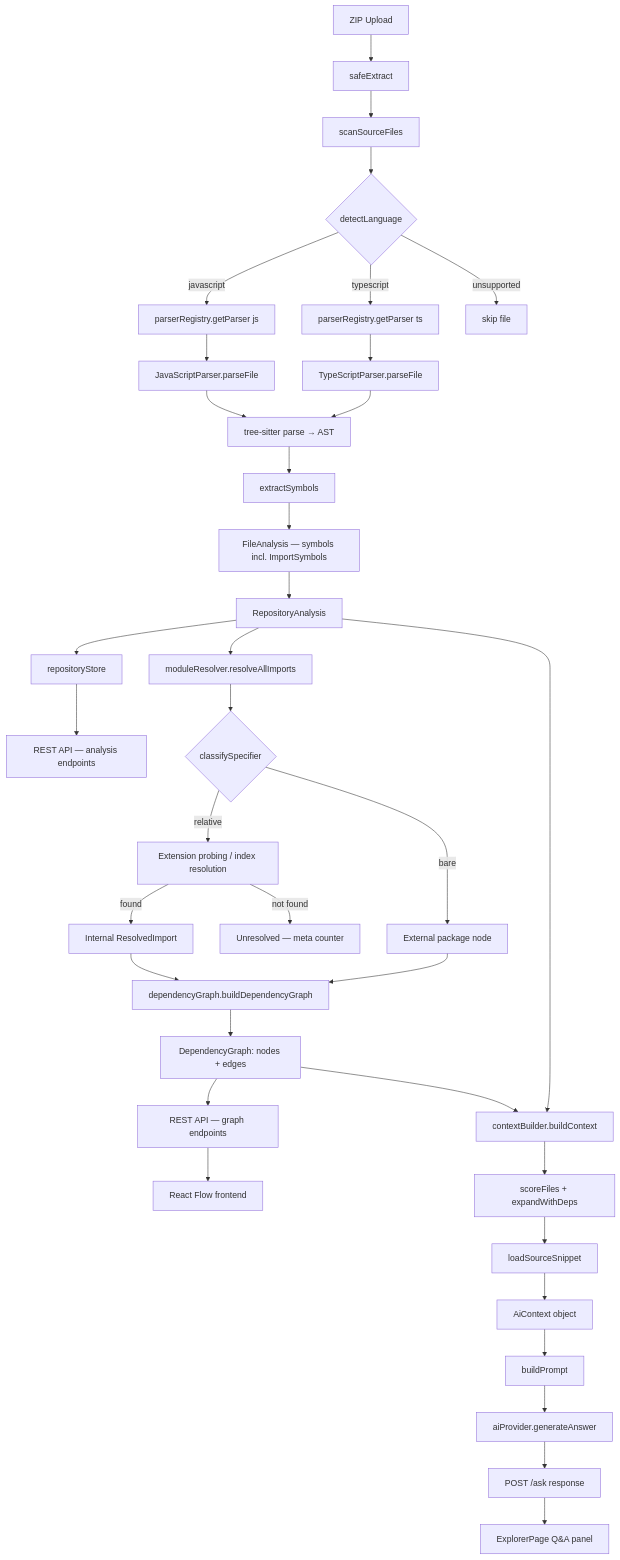
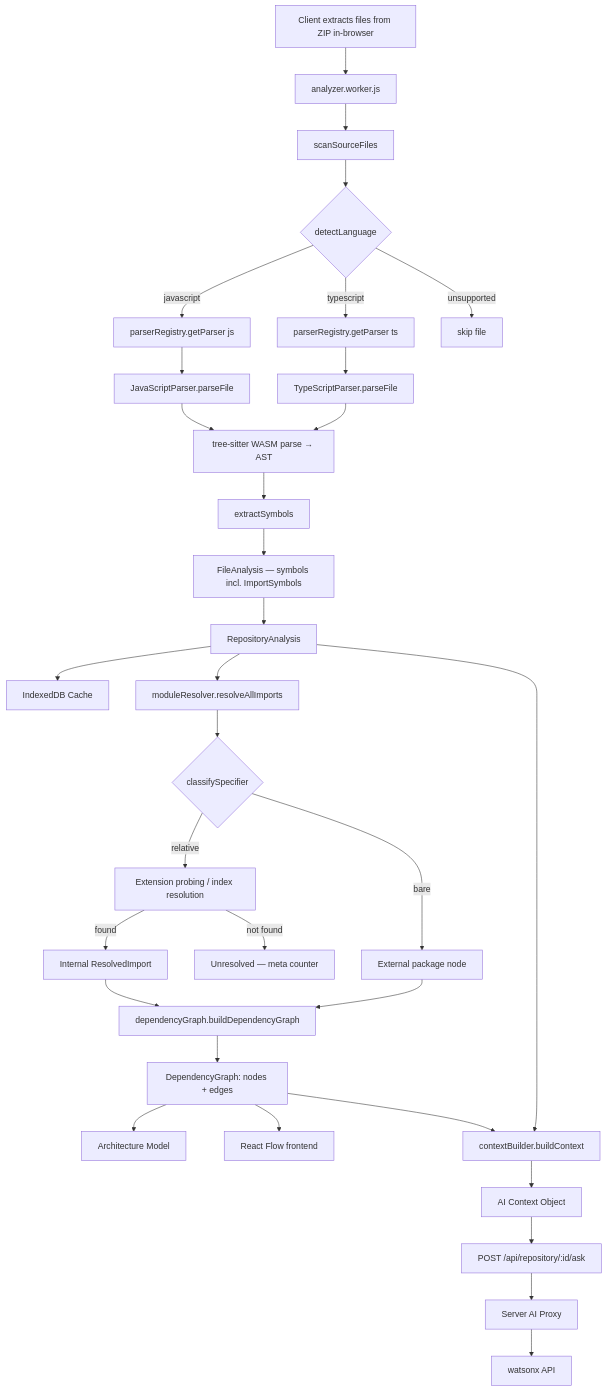
Before and after one commit to KoushikGit2024/CodeLens: the diagram in docs/architecture/analysis-layer.md, drawn with Mermaid. The commit also changed other lines of this file and 29 other files, not shown here.

````diff
--- a/docs/architecture/analysis-layer.md
+++ b/docs/architecture/analysis-layer.md
@@ -11,38 +11,34 @@
 ```mermaid
 flowchart TD
-    A[ZIP Upload] --> B[safeExtract]
+    A[Client extracts files from ZIP in-browser] --> B[analyzer.worker.js]
     B --> C[scanSourceFiles]
     C --> D{detectLanguage}
     D -->|javascript| E[parserRegistry.getParser js]
     D -->|typescript| F[parserRegistry.getParser ts]
     D -->|unsupported| G[skip file]
     E --> H[JavaScriptParser.parseFile]
     F --> I[TypeScriptParser.parseFile]
-    H --> J[tree-sitter parse → AST]
+    H --> J[tree-sitter WASM parse → AST]
     I --> J
     J --> K[extractSymbols]
     K --> L[FileAnalysis — symbols incl. ImportSymbols]
     L --> M[RepositoryAnalysis]
-    M --> N[repositoryStore]
-    N --> O[REST API — analysis endpoints]
+    M --> N[IndexedDB Cache]
     M --> P[moduleResolver.resolveAllImports]
     P --> Q{classifySpecifier}
     Q -->|relative| R[Extension probing / index resolution]
     Q -->|bare| S[External package node]
     R -->|found| T[Internal ResolvedImport]
     R -->|not found| U[Unresolved — meta counter]
     T --> V[dependencyGraph.buildDependencyGraph]
     S --> V
     V --> W[DependencyGraph: nodes + edges]
-    W --> X[REST API — graph endpoints]
-    X --> Y[React Flow frontend]
+    W --> X[Architecture Model]
+    W --> Y[React Flow frontend]
     M --> Z1[contextBuilder.buildContext]
     W --> Z1
-    Z1 --> Z2[scoreFiles + expandWithDeps]
-    Z2 --> Z3[loadSourceSnippet]
-    Z3 --> Z4[AiContext object]
-    Z4 --> Z5[buildPrompt]
-    Z5 --> Z6[aiProvider.generateAnswer]
-    Z6 --> Z7[POST /ask response]
-    Z7 --> Z8[ExplorerPage Q&A panel]
+    Z1 --> Z2[AI Context Object]
+    Z2 --> Z3[POST /api/repository/:id/ask]
+    Z3 --> Z4[Server AI Proxy]
+    Z4 --> Z5[watsonx API]
 ```
````
